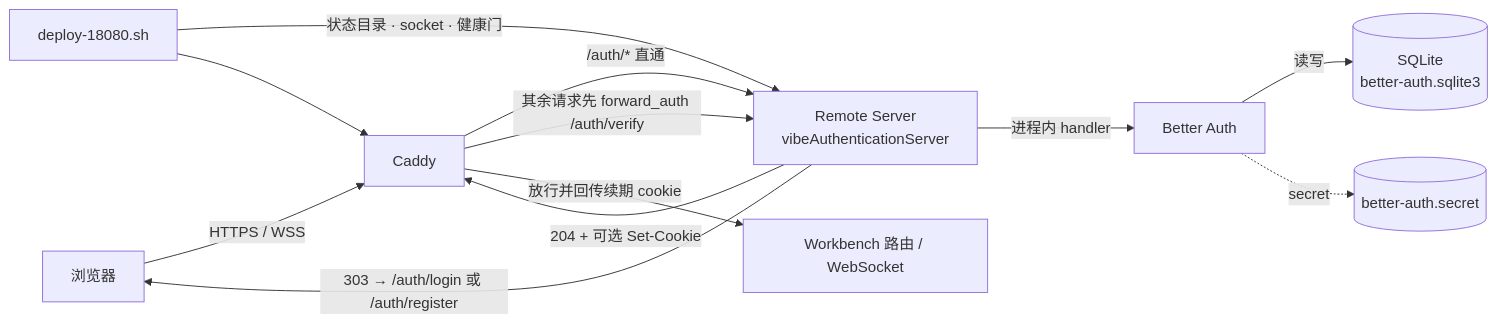
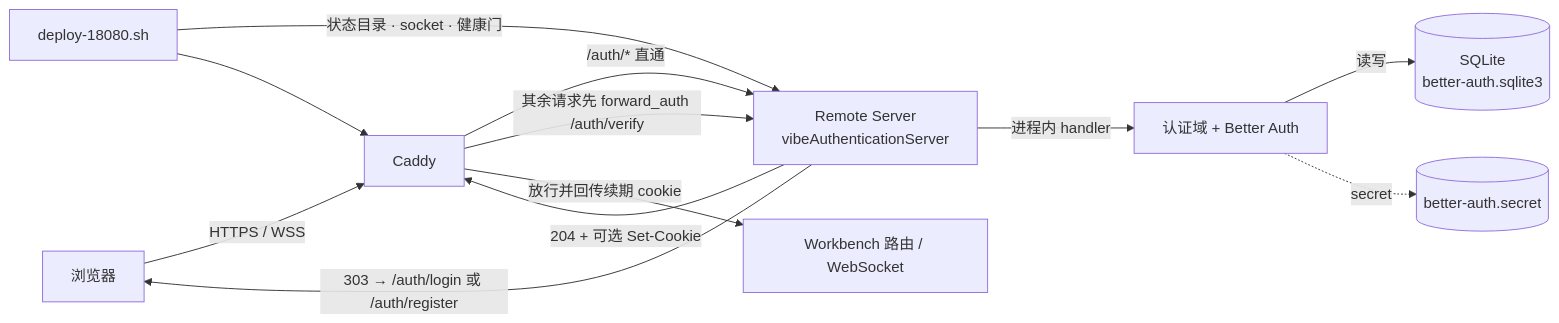
Before and after one commit to ActivePeter/vibe-vscode: the second of 10 diagrams in vibe_vscode_doc/design/login_authentication.md, drawn with Mermaid. The commit also changed other lines of this file, not shown here.

Commit message:
docs(auth): align current scenarios with reviewed authentication contract

````diff
--- a/vibe_vscode_doc/design/login_authentication.md
+++ b/vibe_vscode_doc/design/login_authentication.md
@@ -63,14 +65,14 @@
 ```mermaid
 flowchart LR
   B[浏览器] -->|HTTPS / WSS| C[Caddy]
   C -->|/auth/* 直通| R[Remote Server<br/>vibeAuthenticationServer]
   C -->|其余请求先 forward_auth /auth/verify| R
   R -->|204 + 可选 Set-Cookie| C
   C -->|放行并回传续期 cookie| W[Workbench 路由 / WebSocket]
   R -->|303 → /auth/login 或 /auth/register| B
-  R -->|进程内 handler| A[Better Auth]
+  R -->|进程内 handler| A[认证域 + Better Auth]
   A -->|读写| D[(SQLite<br/>better-auth.sqlite3)]
   A -.->|secret| S[(better-auth.secret)]
   E[deploy-18080.sh] -->|状态目录 · socket · 健康门| R
   E --> C
 ```
````
